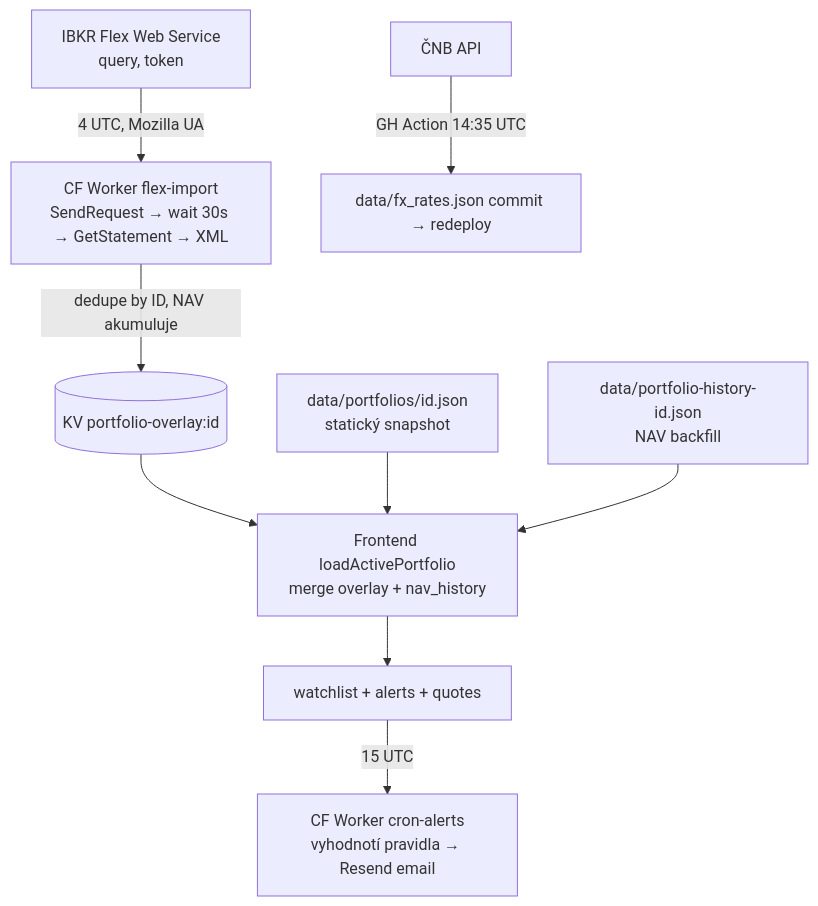
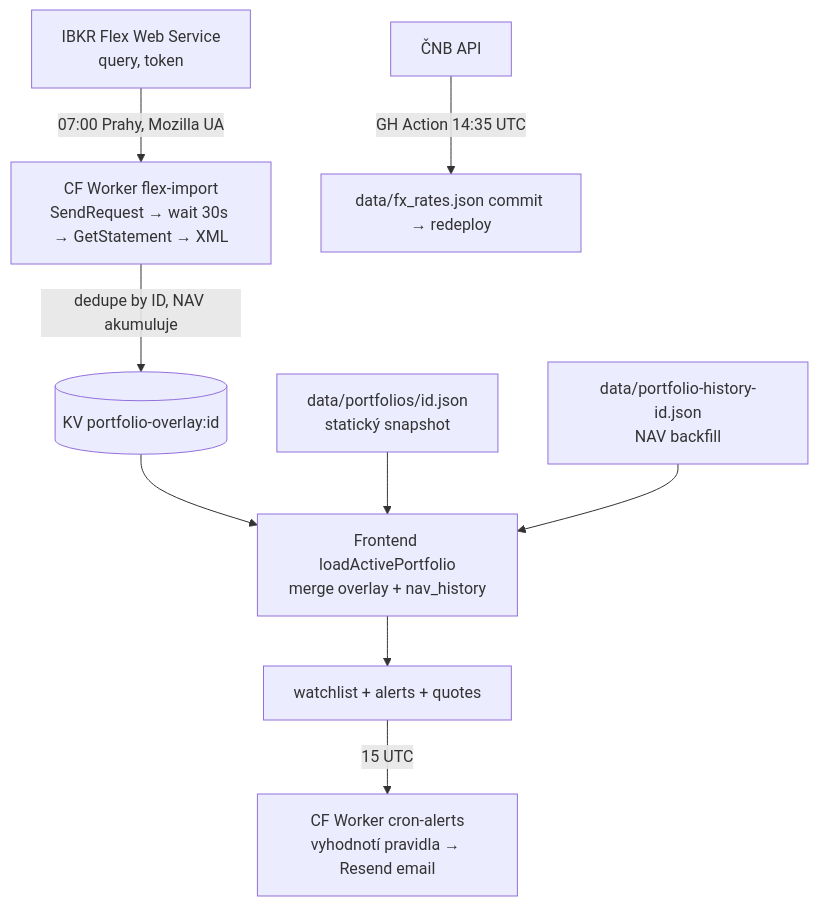
The diagram in CLAUDE.md (lpleskot/akcie-tracker), drawn with Mermaid before and after one commit. The commit also changed other lines of this file and 23 other files, not shown here.

First line of the commit message:
Move Flex import cron to 07:00 Prague, DST-proof

````diff
--- a/CLAUDE.md
+++ b/CLAUDE.md
@@ -79,11 +99,11 @@
 ```mermaid
 flowchart TD
-  IBKR[IBKR Flex Web Service<br/>query, token] -->|4 UTC, Mozilla UA| FI[CF Worker flex-import<br/>SendRequest → wait 30s → GetStatement → XML]
+  IBKR[IBKR Flex Web Service<br/>query, token] -->|07:00 Prahy, Mozilla UA| FI[CF Worker flex-import<br/>SendRequest → wait 30s → GetStatement → XML]
   FI -->|dedupe by ID, NAV akumuluje| KV[(KV portfolio-overlay:id)]
   KV --> FE[Frontend loadActivePortfolio<br/>merge overlay + nav_history]
   STATIC[data/portfolios/id.json<br/>statický snapshot] --> FE
   HIST[data/portfolio-history-id.json<br/>NAV backfill] --> FE
   CNB[ČNB API] -->|GH Action 14:35 UTC| FX[data/fx_rates.json commit → redeploy]
   FE --> WL[watchlist + alerts + quotes]
   WL -->|15 UTC| CRON[CF Worker cron-alerts<br/>vyhodnotí pravidla → Resend email]
 ```
````
